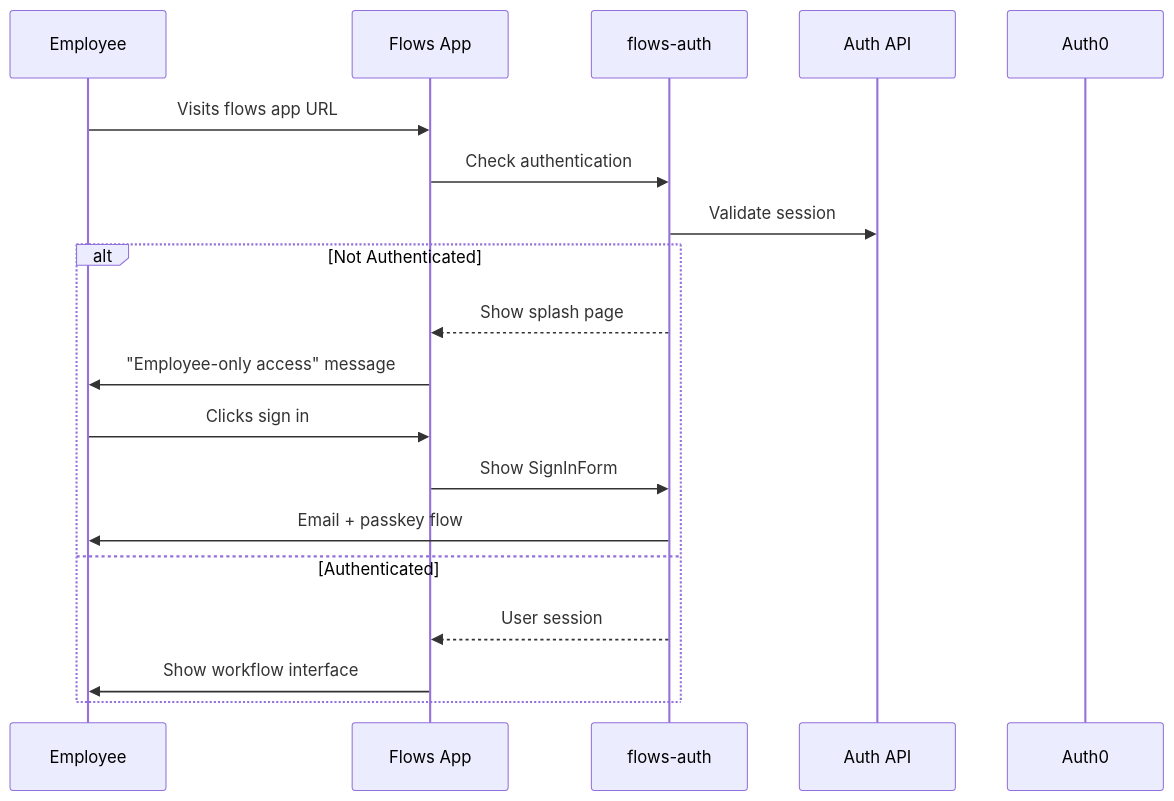
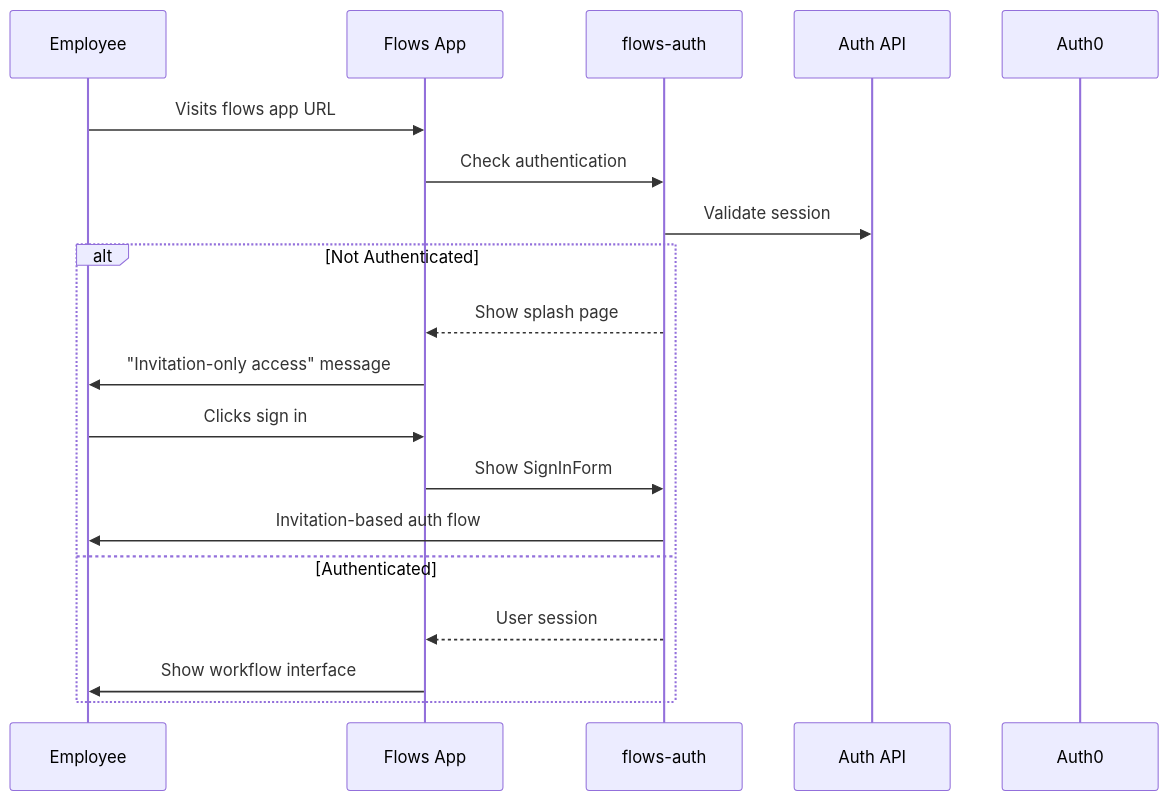
One commit to thepia/flows-auth changed the second of 5 diagrams in docs/flows/README.md. Above: the diagram before and after it, drawn with Mermaid. The commit also changed other lines of this file and 14 other files, not shown here.

````diff
--- a/docs/flows/README.md
+++ b/docs/flows/README.md
@@ -53,23 +53,23 @@
 ```mermaid
 sequenceDiagram
     participant E as Employee
     participant F as Flows App
     participant A as flows-auth
     participant API as Auth API
     participant Auth0 as Auth0
     
     E->>F: Visits flows app URL
     F->>A: Check authentication
     A->>API: Validate session
     
     alt Not Authenticated
         A-->>F: Show splash page
-        F->>E: "Employee-only access" message
+        F->>E: "Invitation-only access" message
         E->>F: Clicks sign in
         F->>A: Show SignInForm
-        A->>E: Email + passkey flow
+        A->>E: Invitation-based auth flow
     else Authenticated
         A-->>F: User session
         F->>E: Show workflow interface
     end
 ```
````
